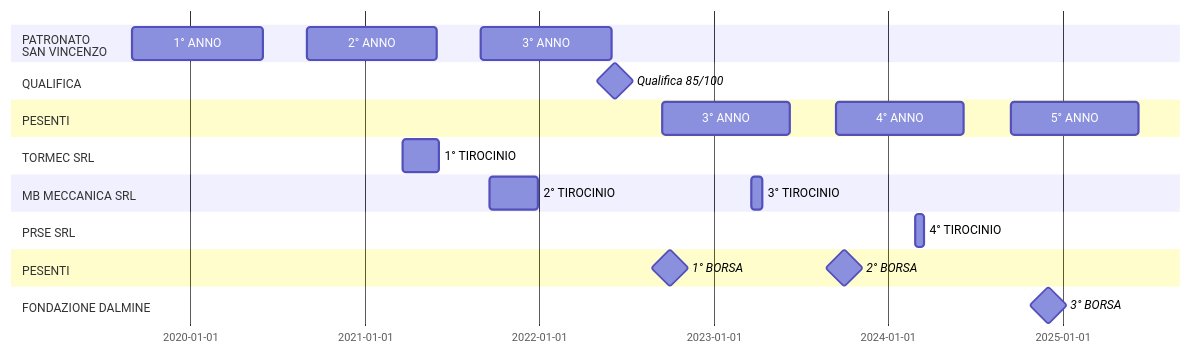
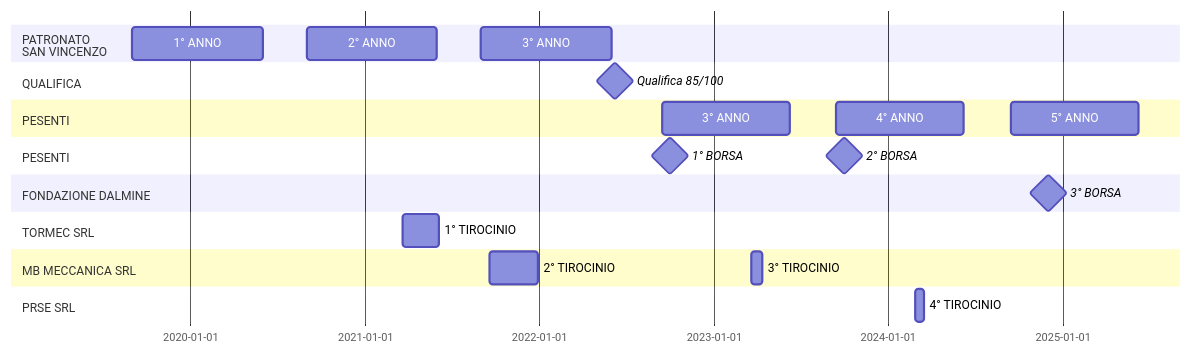
One commit to Laaouatni/PTCO-esame-MERMAID changed the diagram in PTCO.md. Above: the diagram before and after it, drawn with Mermaid.

````diff
--- a/PTCO.md
+++ b/PTCO.md
@@ -1,39 +1,40 @@
 ```mermaid
 ---
 displayMode: compact
 ---
 %%{init: { 'gantt': {'leftPadding': 110, 'barHeight': 30} } }%%
 gantt
     dateFormat  DD-MM-YYYY
 
     section PATRONATO<BR>SAN VINCENZO
         1° ANNO: 01-09-2019,31-05-2020
         2° ANNO: 01-09-2020,31-05-2021
         3° ANNO: 01-09-2021,31-05-2022
 
     section QUALIFICA
         Qualifica 85/100 :milestone, 15-06-2022
 
     section PESENTI
         3° ANNO: 14-09-2022,08-06-2023
         4° ANNO: 14-09-2023,08-06-2024
         5° ANNO: 14-09-2024,08-06-2025
 
+    section PESENTI 
+        1° BORSA: milestone, 01-10-2022,1d
+        2° BORSA: milestone, 01-10-2023,1d
+
+    section FONDAZIONE DALMINE
+        3° BORSA: milestone, 01-12-2024,1d
+        
     section TORMEC SRL
         1° TIROCINIO: 21-03-2021,04-06-2021
 
     section MB MECCANICA SRL
         2° TIROCINIO: 19-09-2021,29-12-2021
         3° TIROCINIO: 20-03-2023,13-04-2023
 
     section PRSE SRL
         4° TIROCINIO: 26-02-2024,15-03-2024
 
-    section PESENTI 
-        1° BORSA: milestone, 01-10-2022,1d
-        2° BORSA: milestone, 01-10-2023,1d
-
-    section FONDAZIONE DALMINE
-        3° BORSA: milestone, 01-12-2024,1d
 
 ```
````
